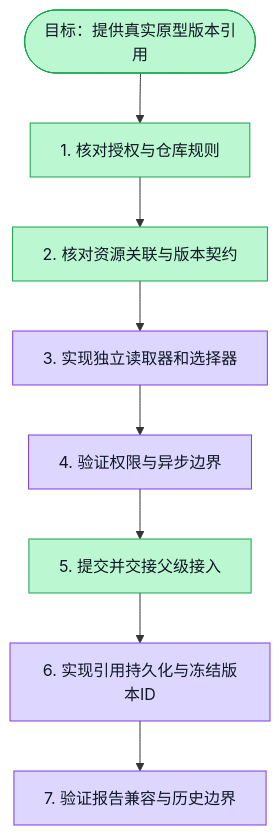
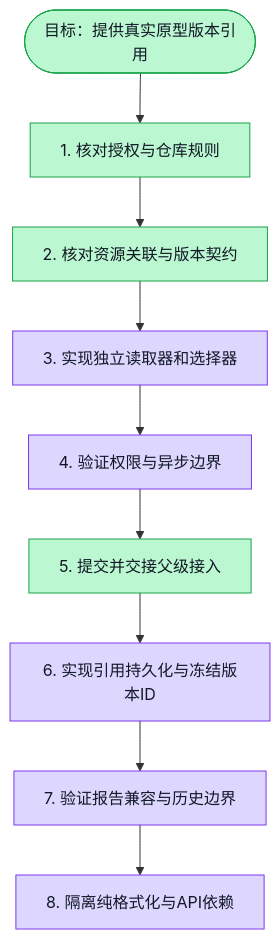
One commit to boardx/workspacex changed the diagram in docs/evidence/aidt-native/completion-20261116/a5/plan.md. Above: the diagram before and after it, drawn with Mermaid. The commit also changed 9 other files, not shown here.

Commit message:
refactor(aidt): isolate pure prototype labels from native API adapters

````diff
--- a/docs/evidence/aidt-native/completion-20261116/a5/plan.md
+++ b/docs/evidence/aidt-native/completion-20261116/a5/plan.md
@@ -17,33 +17,37 @@
 ```mermaid
 flowchart TD
   G([目标：提供真实原型版本引用])
   S1[1. 核对授权与仓库规则]
   S2[2. 核对资源关联与版本契约]
   S3[3. 实现独立读取器和选择器]
   S4[4. 验证权限与异步边界]
   S5[5. 提交并交接父级接入]
   S6[6. 实现引用持久化与冻结版本ID]
   S7[7. 验证报告兼容与历史边界]
+  S8[8. 隔离纯格式化与API依赖]
 
   G --> S1 --> S2 --> S3 --> S4 --> S5
   S5 --> S6 --> S7
+  S7 --> S8
 
   classDef todo fill:#e5e7eb,stroke:#6b7280,color:#111827
   classDef doing fill:#fde68a,stroke:#d97706,color:#111827
   classDef done fill:#bbf7d0,stroke:#16a34a,color:#111827
   classDef tested fill:#ddd6fe,stroke:#7c3aed,color:#111827
   classDef blocked fill:#fecaca,stroke:#dc2626,color:#111827
 
   class G done
   class S1 done
   class S2 done
   class S3 tested
   %% evidence S3: targeted-tests.log: 19 helper/component tests passed; eslint exit 0
   class S4 tested
   %% evidence S4: isolation-tests.log: module boundary and compatibility tests passed
   class S5 done
   class S6 tested
   %% evidence S6: reference-persistence-tests.log: canonical StageContent roundtrip, frozen v1 while S5 v2, legacy schema and ID comparison passed
   class S7 tested
+  class S8 tested
+  %% evidence S8: pure-formatting-tests.log: 65 passed including runtime poison of api-client, native adapter and contracts barrel; pure-formatting-eslint.log exit 0
   %% evidence S7: reference-persistence-tests.log: 64 tests passed across 10 files; reference-eslint.log exit 0
 ```
````
